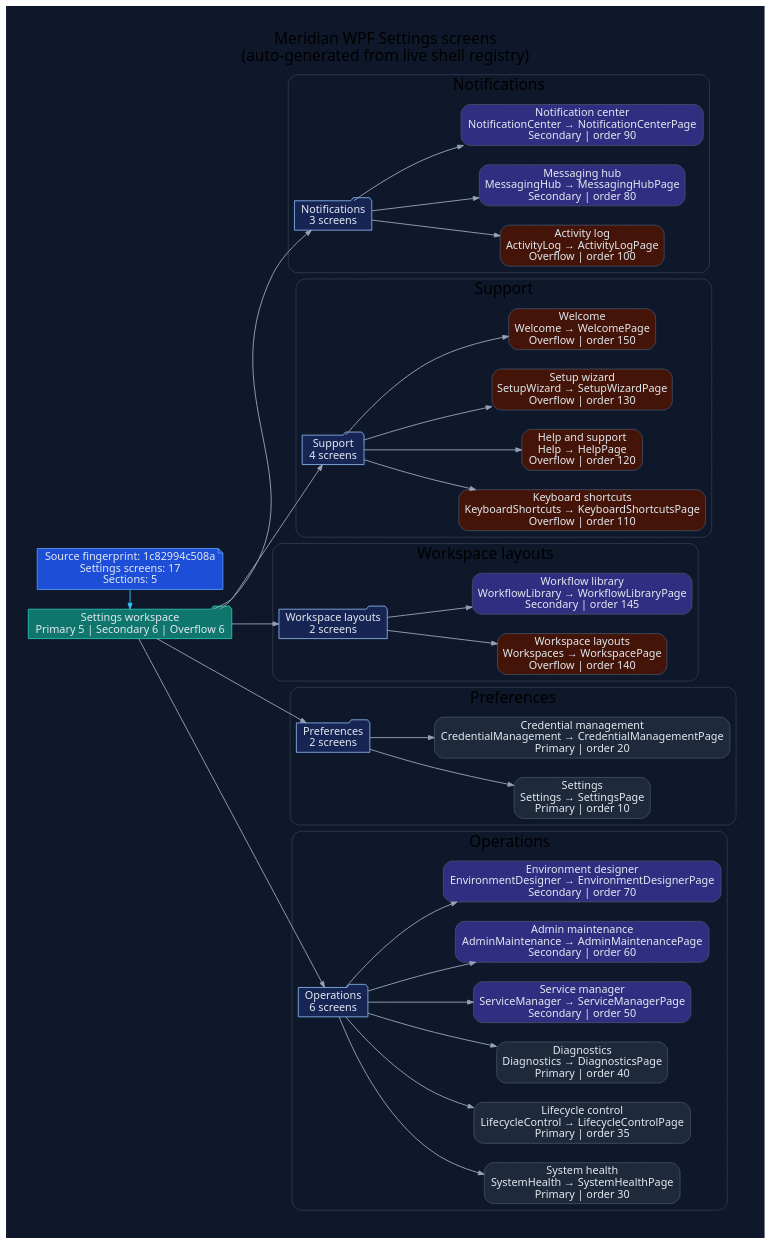
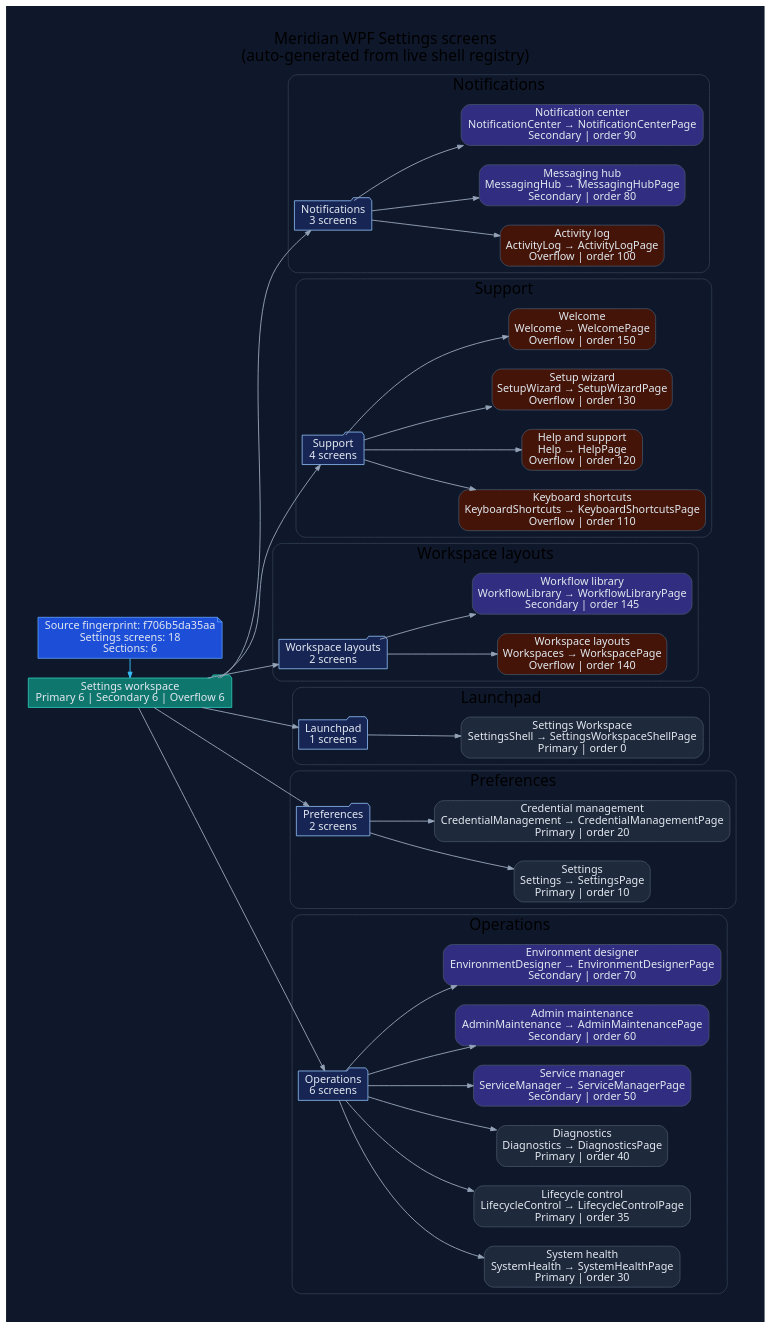
Before and after one commit to rodoHasArrived/Meridian-main: the diagram in docs/diagrams/ui-wpf-screens-settings.dot, drawn with Graphviz. The commit also changed 31 other files, not shown here.

First line of the commit message:
WPF: keep page registration subtitles as literals so the screen diagrams parse; regenerate diagrams

```diff
--- a/docs/diagrams/ui-wpf-screens-settings.dot
+++ b/docs/diagrams/ui-wpf-screens-settings.dot
@@ -1,100 +1,110 @@
 // -----------------------------------------------------------------------------
 // <auto-generated>
 // Generated by scripts/generate-diagrams.mjs.
 // Do not edit this file directly; update the WPF source files instead.
 // -----------------------------------------------------------------------------
 digraph WpfSettingsScreens {
   graph [
     rankdir=LR,
     labelloc=t,
     label="Meridian WPF Settings screens\n(auto-generated from live shell registry)",
     fontname="Segoe UI",
     fontsize=20,
     pad=0.4,
     nodesep=0.35,
     ranksep=0.85,
     bgcolor="#0f172a"
   ];
   node [fontname="Segoe UI", shape=box, style="rounded,filled", color="#475569", fontcolor="#e2e8f0", fillcolor="#1e293b"];
   edge [fontname="Segoe UI", color="#94a3b8", penwidth=1.2, arrowsize=0.75];
 
-  generated [shape=note, fillcolor="#1d4ed8", color="#60a5fa", label="Source fingerprint: 1c82994c508a\nSettings screens: 17\nSections: 5"];
-  workspace [shape=folder, fillcolor="#0f766e", color="#2dd4bf", label="Settings workspace\nPrimary 5 | Secondary 6 | Overflow 6"];
+  generated [shape=note, fillcolor="#1d4ed8", color="#60a5fa", label="Source fingerprint: f706b5da35aa\nSettings screens: 18\nSections: 6"];
+  workspace [shape=folder, fillcolor="#0f766e", color="#2dd4bf", label="Settings workspace\nPrimary 6 | Secondary 6 | Overflow 6"];
   generated -> workspace [color="#38bdf8"];
 
   subgraph cluster_section_1 {
     label="Notifications";
     color="#334155";
     style="rounded";
     section_1 [shape=folder, fillcolor="#172554", color="#93c5fd", label="Notifications\n3 screens"];
     workspace -> section_1;
     screen_ActivityLog [fillcolor="#431407", label="Activity log\nActivityLog → ActivityLogPage\nOverflow | order 100"];
     section_1 -> screen_ActivityLog;
     screen_MessagingHub [fillcolor="#312e81", label="Messaging hub\nMessagingHub → MessagingHubPage\nSecondary | order 80"];
     section_1 -> screen_MessagingHub;
     screen_NotificationCenter [fillcolor="#312e81", label="Notification center\nNotificationCenter → NotificationCenterPage\nSecondary | order 90"];
     section_1 -> screen_NotificationCenter;
   }
 
   subgraph cluster_section_2 {
     label="Support";
     color="#334155";
     style="rounded";
     section_2 [shape=folder, fillcolor="#172554", color="#93c5fd", label="Support\n4 screens"];
     workspace -> section_2;
     screen_KeyboardShortcuts [fillcolor="#431407", label="Keyboard shortcuts\nKeyboardShortcuts → KeyboardShortcutsPage\nOverflow | order 110"];
     section_2 -> screen_KeyboardShortcuts;
     screen_Help [fillcolor="#431407", label="Help and support\nHelp → HelpPage\nOverflow | order 120"];
     section_2 -> screen_Help;
     screen_SetupWizard [fillcolor="#431407", label="Setup wizard\nSetupWizard → SetupWizardPage\nOverflow | order 130"];
     section_2 -> screen_SetupWizard;
     screen_Welcome [fillcolor="#431407", label="Welcome\nWelcome → WelcomePage\nOverflow | order 150"];
     section_2 -> screen_Welcome;
   }
 
   subgraph cluster_section_3 {
     label="Workspace layouts";
     color="#334155";
     style="rounded";
     section_3 [shape=folder, fillcolor="#172554", color="#93c5fd", label="Workspace layouts\n2 screens"];
     workspace -> section_3;
     screen_Workspaces [fillcolor="#431407", label="Workspace layouts\nWorkspaces → WorkspacePage\nOverflow | order 140"];
     section_3 -> screen_Workspaces;
     screen_WorkflowLibrary [fillcolor="#312e81", label="Workflow library\nWorkflowLibrary → WorkflowLibraryPage\nSecondary | order 145"];
     section_3 -> screen_WorkflowLibrary;
   }
 
   subgraph cluster_section_4 {
+    label="Launchpad";
+    color="#334155";
+    style="rounded";
+    section_4 [shape=folder, fillcolor="#172554", color="#93c5fd", label="Launchpad\n1 screens"];
+    workspace -> section_4;
+    screen_SettingsShell [fillcolor="#1e293b", label="Settings Workspace\nSettingsShell → SettingsWorkspaceShellPage\nPrimary | order 0"];
+    section_4 -> screen_SettingsShell;
+  }
+
+  subgraph cluster_section_5 {
     label="Preferences";
     color="#334155";
     style="rounded";
-    section_4 [shape=folder, fillcolor="#172554", color="#93c5fd", label="Preferences\n2 screens"];
-    workspace -> section_4;
+    section_5 [shape=folder, fillcolor="#172554", color="#93c5fd", label="Preferences\n2 screens"];
+    workspace -> section_5;
     screen_Settings [fillcolor="#1e293b", label="Settings\nSettings → SettingsPage\nPrimary | order 10"];
-    section_4 -> screen_Settings;
+    section_5 -> screen_Settings;
     screen_CredentialManagement [fillcolor="#1e293b", label="Credential management\nCredentialManagement → CredentialManagementPage\nPrimary | order 20"];
-    section_4 -> screen_CredentialManagement;
+    section_5 -> screen_CredentialManagement;
   }
 
-  subgraph cluster_section_5 {
+  subgraph cluster_section_6 {
     label="Operations";
     color="#334155";
     style="rounded";
-    section_5 [shape=folder, fillcolor="#172554", color="#93c5fd", label="Operations\n6 screens"];
-    workspace -> section_5;
+    section_6 [shape=folder, fillcolor="#172554", color="#93c5fd", label="Operations\n6 screens"];
+    workspace -> section_6;
     screen_SystemHealth [fillcolor="#1e293b", label="System health\nSystemHealth → SystemHealthPage\nPrimary | order 30"];
-    section_5 -> screen_SystemHealth;
+    section_6 -> screen_SystemHealth;
     screen_LifecycleControl [fillcolor="#1e293b", label="Lifecycle control\nLifecycleControl → LifecycleControlPage\nPrimary | order 35"];
-    section_5 -> screen_LifecycleControl;
+    section_6 -> screen_LifecycleControl;
     screen_Diagnostics [fillcolor="#1e293b", label="Diagnostics\nDiagnostics → DiagnosticsPage\nPrimary | order 40"];
-    section_5 -> screen_Diagnostics;
+    section_6 -> screen_Diagnostics;
     screen_ServiceManager [fillcolor="#312e81", label="Service manager\nServiceManager → ServiceManagerPage\nSecondary | order 50"];
-    section_5 -> screen_ServiceManager;
+    section_6 -> screen_ServiceManager;
     screen_AdminMaintenance [fillcolor="#312e81", label="Admin maintenance\nAdminMaintenance → AdminMaintenancePage\nSecondary | order 60"];
-    section_5 -> screen_AdminMaintenance;
+    section_6 -> screen_AdminMaintenance;
     screen_EnvironmentDesigner [fillcolor="#312e81", label="Environment designer\nEnvironmentDesigner → EnvironmentDesignerPage\nSecondary | order 70"];
-    section_5 -> screen_EnvironmentDesigner;
+    section_6 -> screen_EnvironmentDesigner;
   }
 
   { rank=min; generated; workspace; }
 }
```
